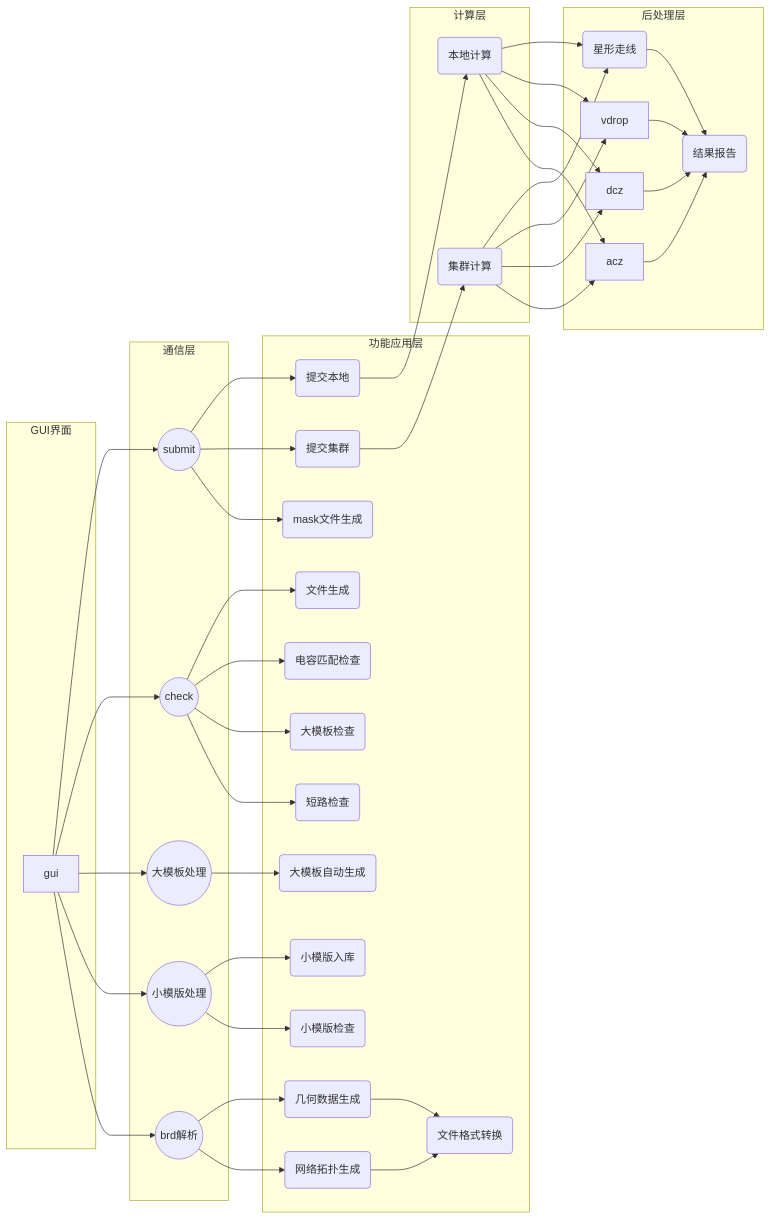
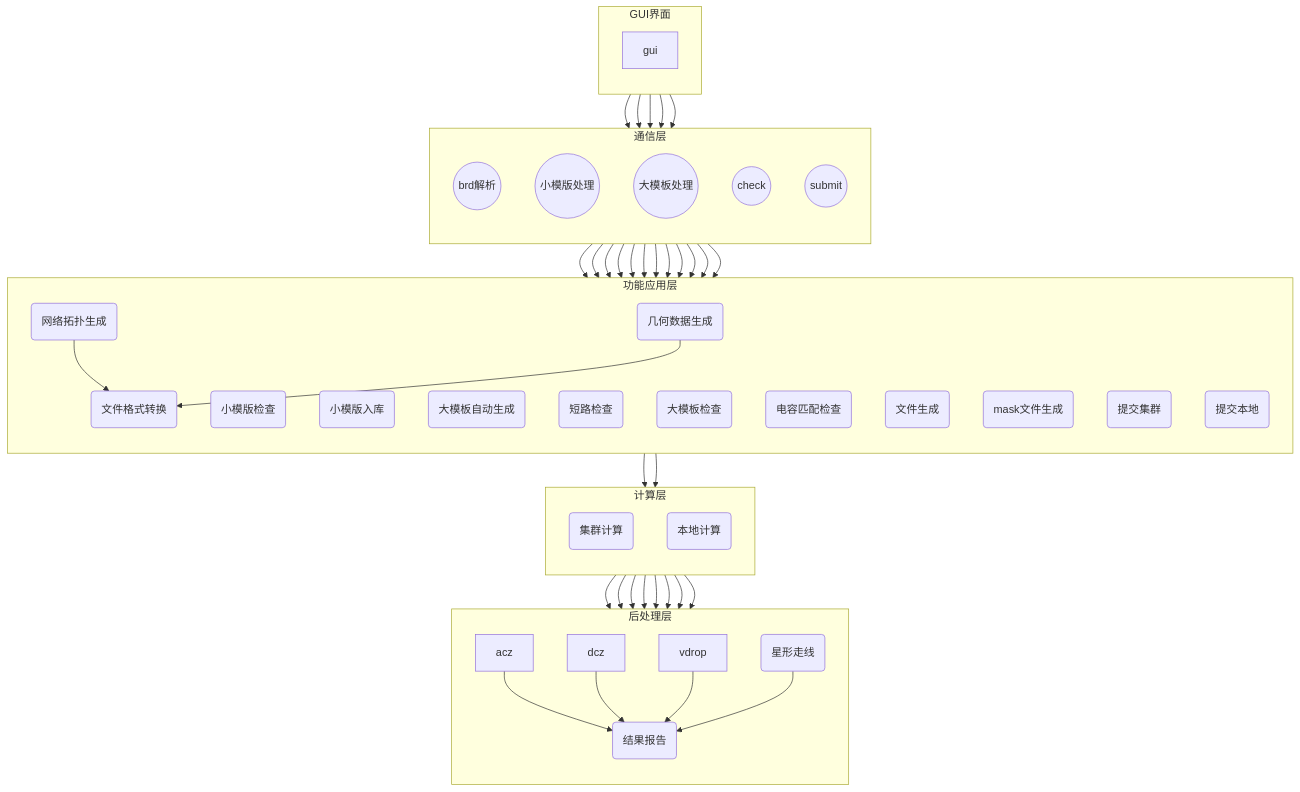
Before and after one commit to nyaru477/iodraw-files: the diagram in all/未命名.md, drawn with Mermaid.

Commit message:
2025-11-23 02:10:25 update

````diff
--- a/all/未命名.md
+++ b/all/未命名.md
@@ -1,78 +1,77 @@
 ```mermaid
-graph LR
+graph TD
     subgraph "GUI界面"
+        direction TB
         gui
     end
     subgraph "通信层"
+        direction TB
         brd_parse(("brd解析"))
         small_template(("小模版处理"))
         big_template(("大模板处理"))
         check(("check"))
         submit(("submit"))
     end
     subgraph "功能应用层"
+        direction TB
         network_topo_gen("网络拓扑生成")
         geometry_data_gen("几何数据生成")
         file_format_convert("文件格式转换")
         small_template_check("小模版检查")
         small_template_db("小模版入库")
         big_template_gen("大模板自动生成")
         short_circuit_check("短路检查")
         big_template_check("大模板检查")
         capacitor_match("电容匹配检查")
         file_gen("文件生成")
         mask_gen("mask文件生成")
         cluster_submit("提交集群")
         local_submit("提交本地")
     end
     subgraph "计算层"
+        direction TB
         cluster_calc("集群计算")
         local_calc("本地计算")
     end
     subgraph "后处理层"
+        direction TB
         acz
         dcz
         vdrop
         star_routing("星形走线")
         result_report("结果报告")
     end
-
     gui --> brd_parse
     gui --> small_template
     gui --> big_template
     gui --> check
     gui --> submit
-
     brd_parse --> network_topo_gen
     brd_parse --> geometry_data_gen
     network_topo_gen --> file_format_convert
     geometry_data_gen --> file_format_convert
     small_template --> small_template_check
     small_template --> small_template_db
     big_template --> big_template_gen
     check --> short_circuit_check
     check --> big_template_check
     check --> capacitor_match
     check --> file_gen
     submit --> mask_gen
     submit --> cluster_submit
     submit --> local_submit
-
     cluster_submit --> cluster_calc
     local_submit --> local_calc
-
     cluster_calc --> acz
     cluster_calc --> dcz
     cluster_calc --> vdrop
     cluster_calc --> star_routing
     local_calc --> acz
     local_calc --> dcz
     local_calc --> vdrop
     local_calc --> star_routing
-
     acz --> result_report
     dcz --> result_report
     vdrop --> result_report
     star_routing --> result_report
-
 ```
````
